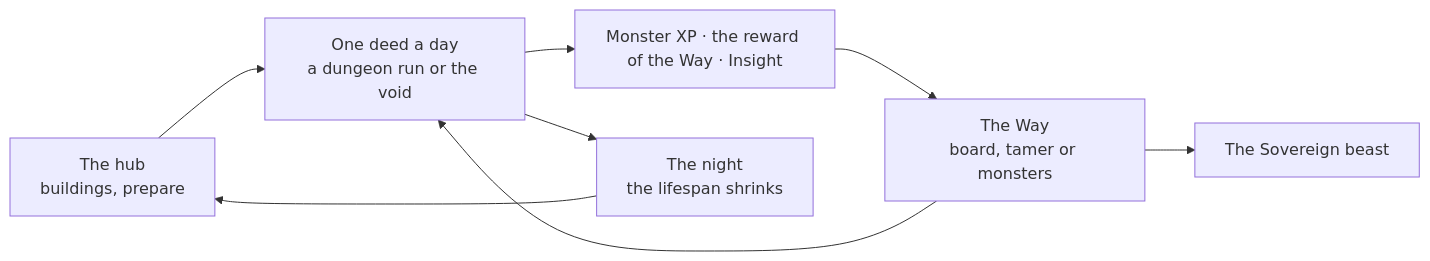
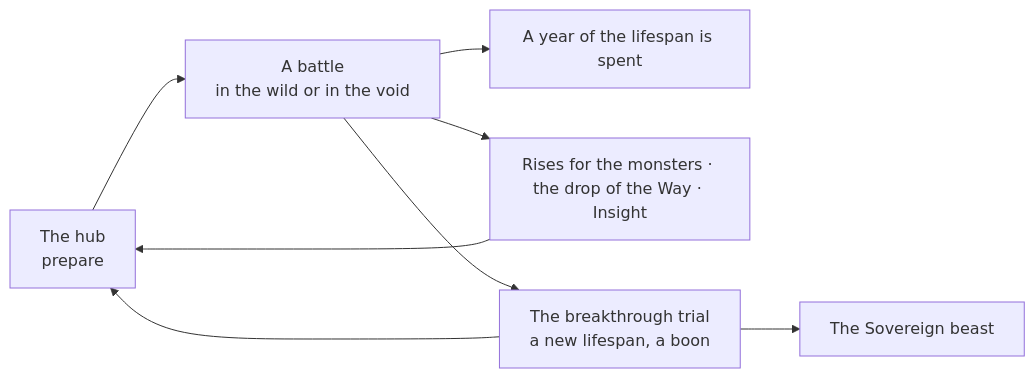
The first of 2 diagrams in docs/vision.md (papierkorp/road_of_the_beasts), drawn with Mermaid before and after one commit. The commit also changed other lines of this file and 8 other files, not shown here.

Commit message:
docs: the frame as a roguelike: the lifespan as the one clock, the wild, rises, drops; T65 and the handover

````diff
--- a/docs/vision.md
+++ b/docs/vision.md
@@ -13,10 +13,10 @@
 ```mermaid
 flowchart LR
-    Hub["The hub<br/>buildings, prepare"] --> Battle["One deed a day<br/>a dungeon run or the void"]
-    Battle --> Res["Monster XP · the reward of the Way · Insight"]
-    Res --> Way["The Way<br/>board, tamer or monsters"]
-    Way --> Battle
-    Battle --> Night["The night<br/>the lifespan shrinks"]
-    Night --> Hub
-    Way --> End["The Sovereign beast"]
+    Hub["The hub<br/>prepare"] --> Battle["A battle<br/>in the wild or in the void"]
+    Battle --> Year["A year of the lifespan is spent"]
+    Battle --> Res["Rises for the monsters · the drop of the Way · Insight"]
+    Res --> Hub
+    Battle --> Trial["The breakthrough trial<br/>a new lifespan, a boon"]
+    Trial --> Hub
+    Trial --> End["The Sovereign beast"]
 ```
````
